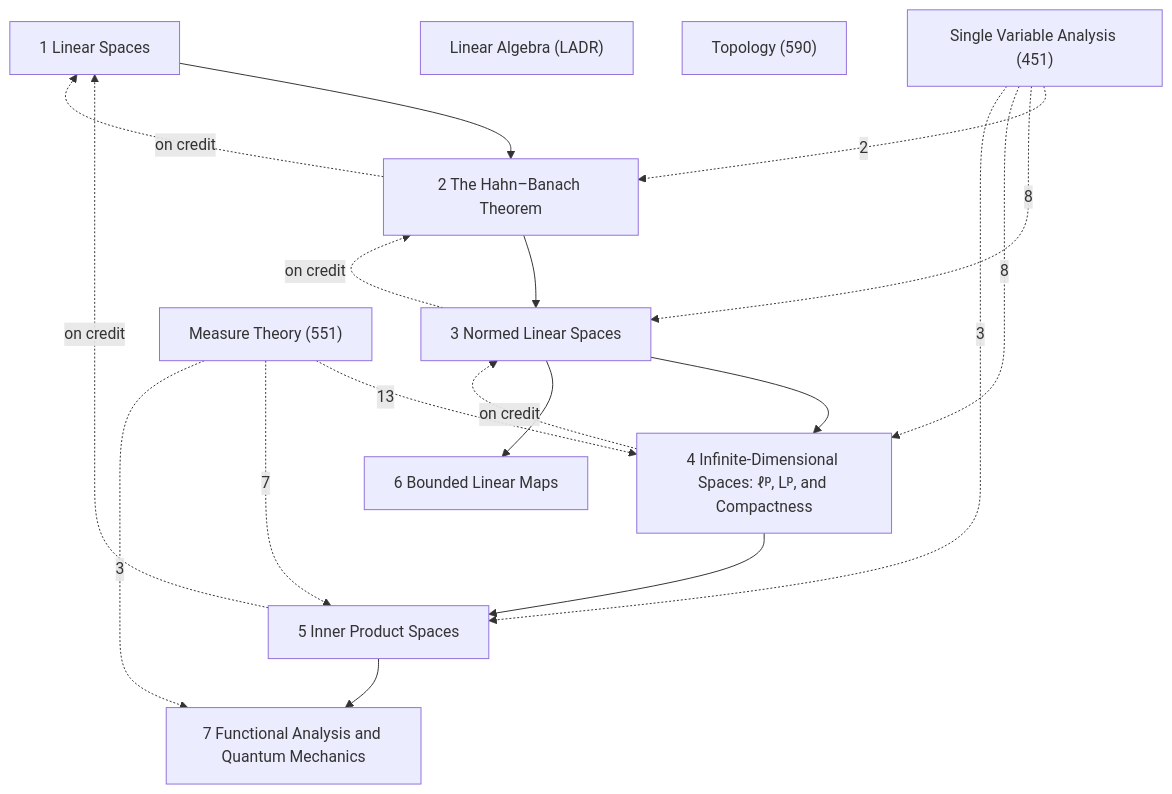
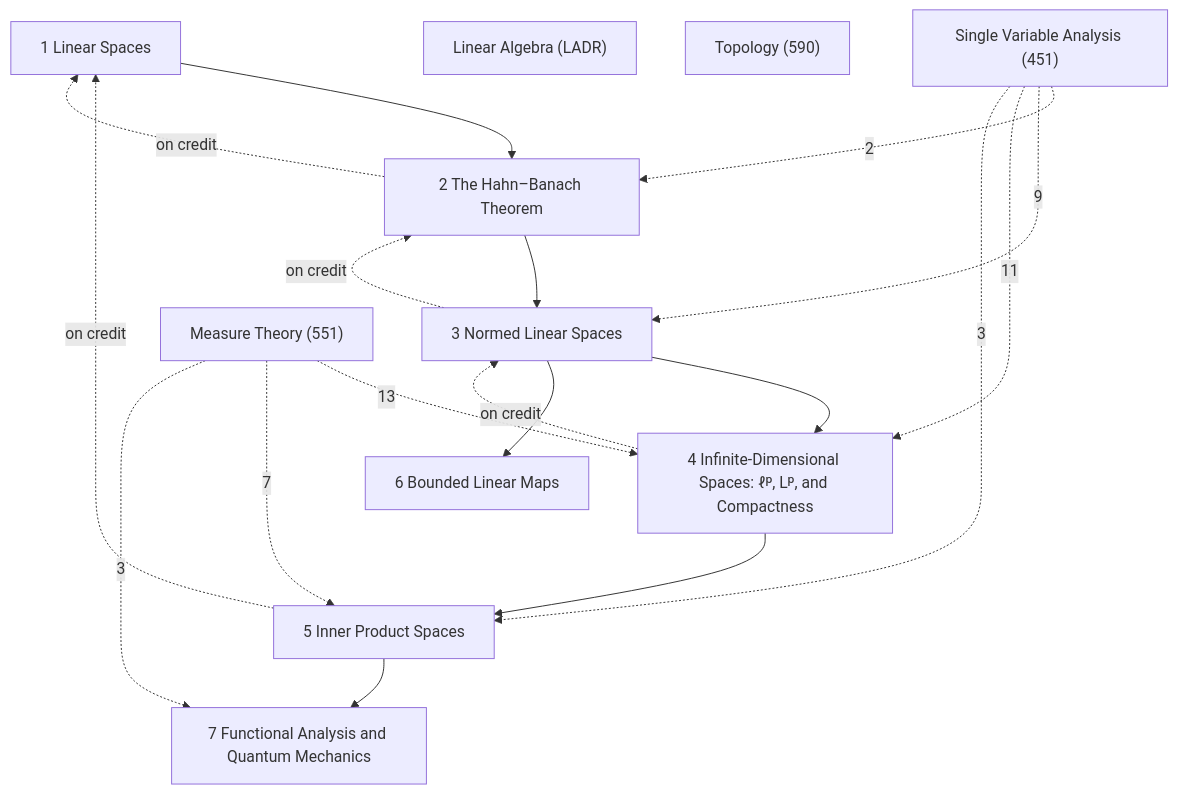
One commit to Onion20040508/notes changed the diagram in Math/Functional Analysis/Functional Analysis.md. Above: the diagram before and after it, drawn with Mermaid. The commit also changed other lines of this file and 14 other files, not shown here.

````diff
--- a/Math/Functional Analysis/Functional Analysis.md
+++ b/Math/Functional Analysis/Functional Analysis.md
@@ -33,31 +33,31 @@
 ```mermaid
 graph TD
   C1["1 Linear Spaces"]
   C2["2 The Hahn–Banach Theorem"]
   C3["3 Normed Linear Spaces"]
   C4["4 Infinite-Dimensional Spaces: ℓᵖ, Lᵖ, and Compactness"]
   C5["5 Inner Product Spaces"]
   C6["6 Bounded Linear Maps"]
   C7["7 Functional Analysis and Quantum Mechanics"]
   X1["Linear Algebra (LADR)"]
   X2["Measure Theory (551)"]
   X3["Topology (590)"]
   X4["Single Variable Analysis (451)"]
   C1 --> C2
   C2 --> C3
   C3 --> C4
   C3 --> C6
   C4 --> C5
   C5 --> C7
   C2 -.->|on credit| C1
   C3 -.->|on credit| C2
   C4 -.->|on credit| C3
   C5 -.->|on credit| C1
   X2 -.->|13| C4
   X2 -.->|7| C5
   X2 -.->|3| C7
   X4 -.->|2| C2
-  X4 -.->|8| C3
-  X4 -.->|8| C4
+  X4 -.->|9| C3
+  X4 -.->|11| C4
   X4 -.->|3| C5
 ```
````
